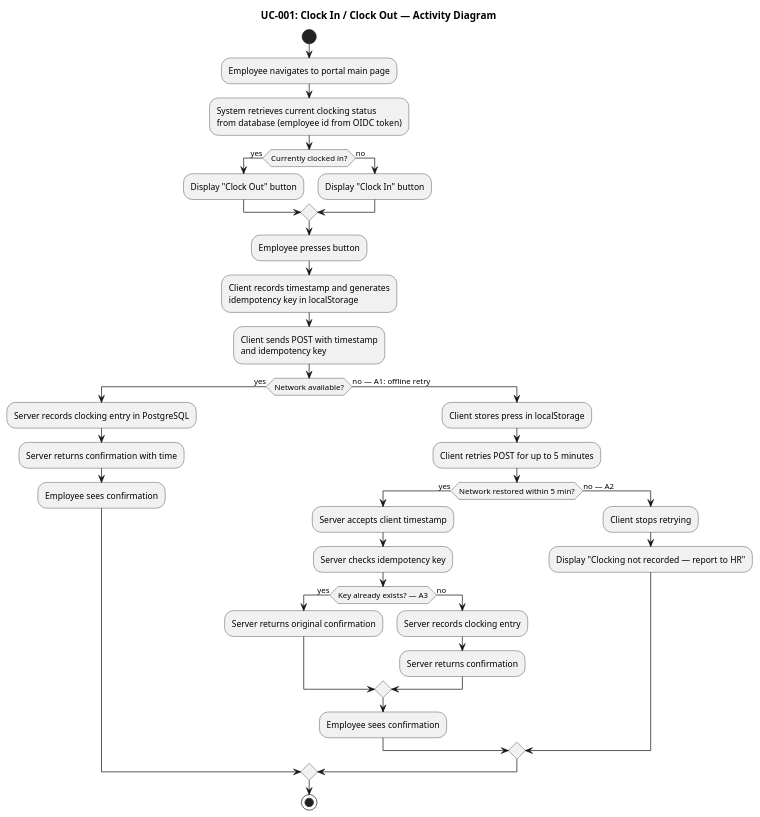
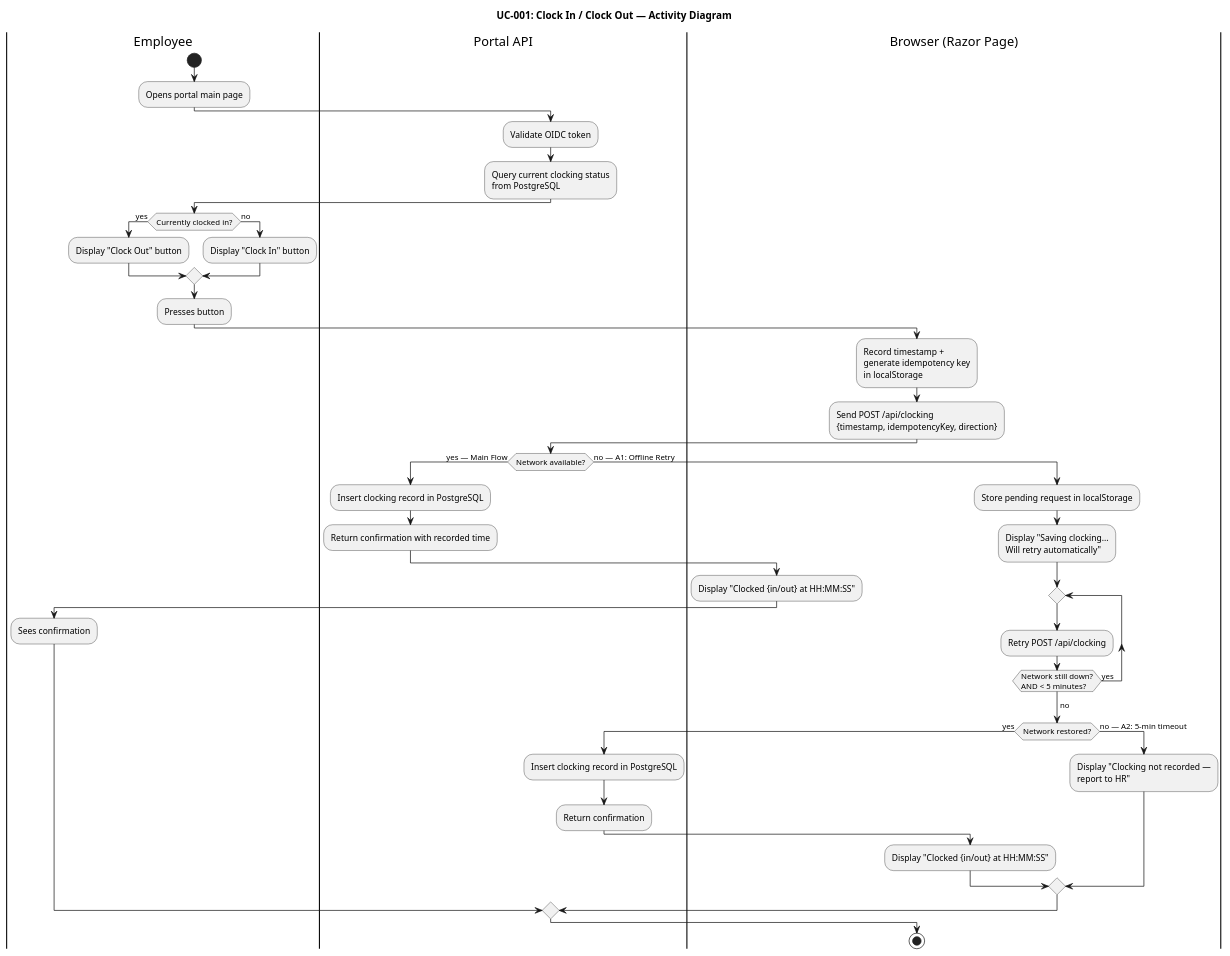
Before and after one commit to banense-test/portal-cuba-corp: the second of 13 diagrams in docs/artifacts/requirements/use-case-model.md, drawn with PlantUML. The commit also changed other lines of this file, not shown here.

````diff
--- a/docs/artifacts/requirements/use-case-model.md
+++ b/docs/artifacts/requirements/use-case-model.md
@@ -136,43 +135,49 @@
 ```plantuml
 @startuml
 title UC-001: Clock In / Clock Out — Activity Diagram
 
+|Employee|
 start
-:Employee navigates to portal main page;
-:System retrieves current clocking status
-from database (employee id from OIDC token);
+:Opens portal main page;
+|Portal API|
+:Validate OIDC token;
+:Query current clocking status\nfrom PostgreSQL;
+|Employee|
 if (Currently clocked in?) then (yes)
   :Display "Clock Out" button;
 else (no)
   :Display "Clock In" button;
 endif
-:Employee presses button;
-:Client records timestamp and generates
-idempotency key in localStorage;
-:Client sends POST with timestamp
-and idempotency key;
-if (Network available?) then (yes)
-  :Server records clocking entry in PostgreSQL;
-  :Server returns confirmation with time;
-  :Employee sees confirmation;
-else (no — A1: offline retry)
-  :Client stores press in localStorage;
-  :Client retries POST for up to 5 minutes;
-  if (Network restored within 5 min?) then (yes)
-    :Server accepts client timestamp;
-    :Server checks idempotency key;
-    if (Key already exists? — A3) then (yes)
-      :Server returns original confirmation;
-    else (no)
-      :Server records clocking entry;
-      :Server returns confirmation;
-    endif
-    :Employee sees confirmation;
-  else (no — A2)
-    :Client stops retrying;
-    :Display "Clocking not recorded — report to HR";
+:Presses button;
+|Browser (Razor Page)|
+:Record timestamp +\ngenerate idempotency key\nin localStorage;
+:Send POST /api/clocking\n{timestamp, idempotencyKey, direction};
+|Portal API|
+if (Network available?) then (yes — Main Flow)
+  :Insert clocking record in PostgreSQL;
+  :Return confirmation with recorded time;
+  |Browser (Razor Page)|
+  :Display "Clocked {in/out} at HH:MM:SS";
+  |Employee|
+  :Sees confirmation;
+else (no — A1: Offline Retry)
+  |Browser (Razor Page)|
+  :Store pending request in localStorage;
+  :Display "Saving clocking...\nWill retry automatically";
+  repeat
+    :Retry POST /api/clocking;
+  repeat while (Network still down?\nAND < 5 minutes?) is (yes)
+  -> no;
+  if (Network restored?) then (yes)
+    |Portal API|
+    :Insert clocking record in PostgreSQL;
+    :Return confirmation;
+    |Browser (Razor Page)|
+    :Display "Clocked {in/out} at HH:MM:SS";
+  else (no — A2: 5-min timeout)
+    :Display "Clocking not recorded —\nreport to HR";
   endif
 endif
 stop
 @enduml
 ```
````
